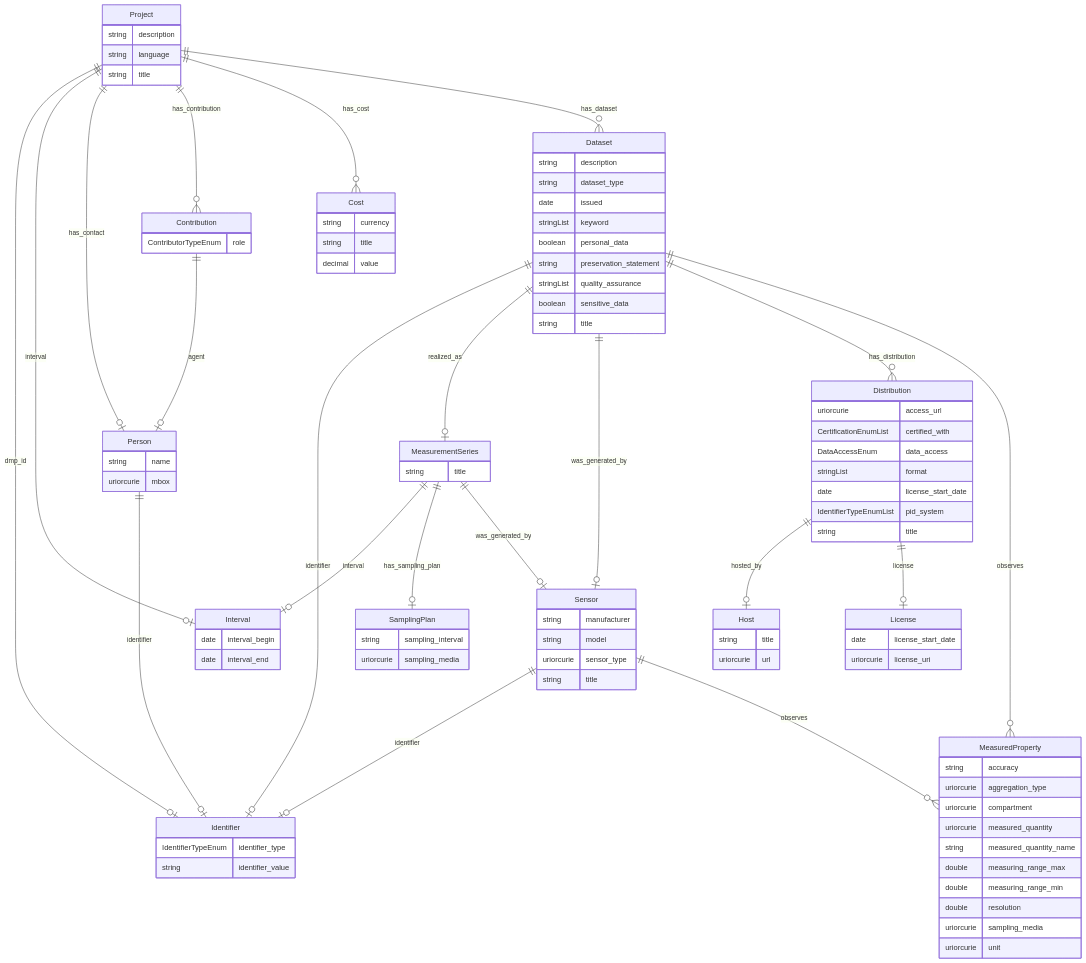
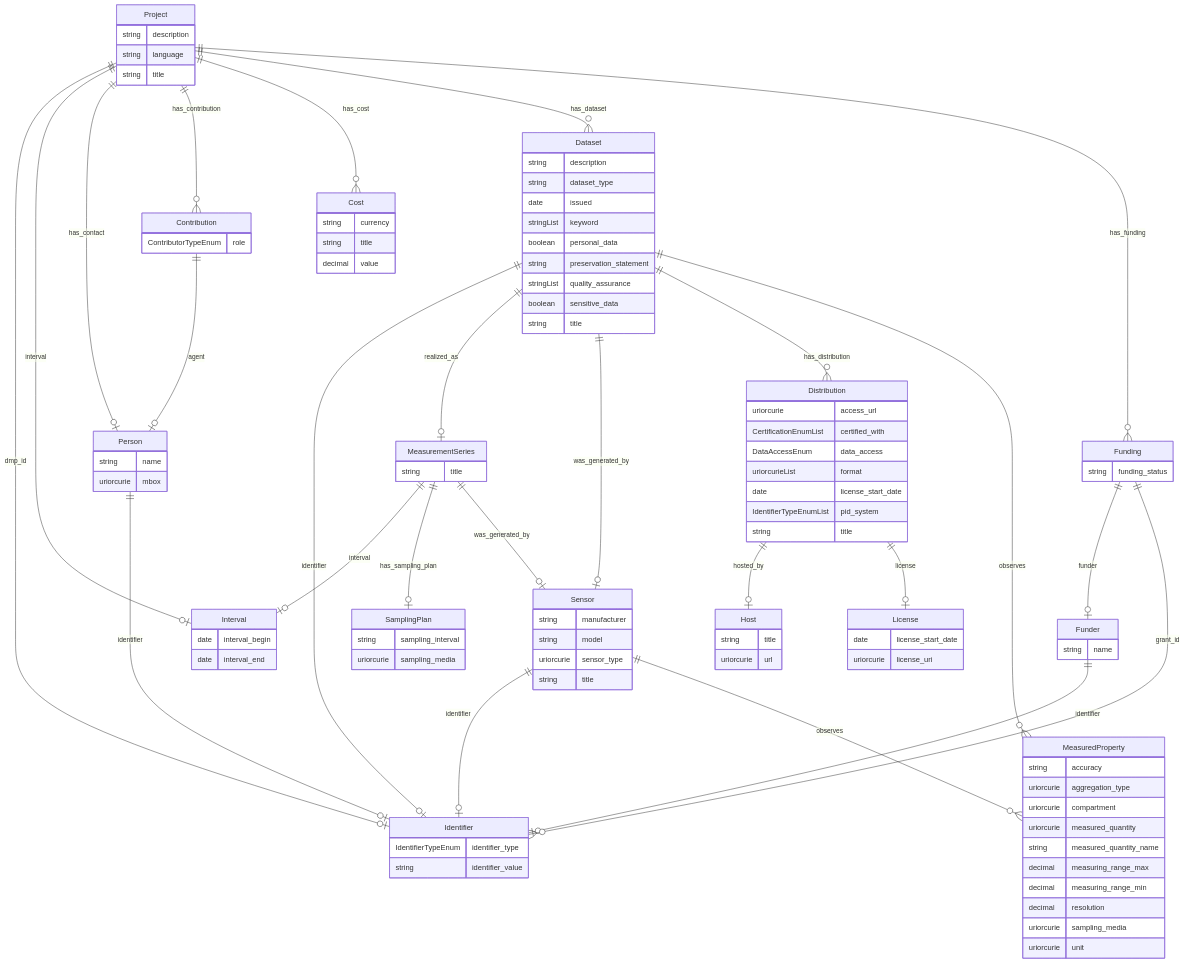
One commit to EnergyDataOrchestrator/regimo-infrastructure changed the diagram in fuseki-proto/inputs/linkml/05_P05_S05_internal-format-erd.mmd. Above: the diagram before and after it, drawn with Mermaid. The commit also changed 23 other files, not shown here.

First line of the commit message:
fuseki-proto: internal format funder/funding extension (P43-P47)

```diff
--- a/fuseki-proto/inputs/linkml/05_P05_S05_internal-format-erd.mmd
+++ b/fuseki-proto/inputs/linkml/05_P05_S05_internal-format-erd.mmd
@@ -23,10 +23,16 @@
     uriorcurie access_url  
     CertificationEnumList certified_with  
     DataAccessEnum data_access  
-    stringList format  
+    uriorcurieList format  
     date license_start_date  
     IdentifierTypeEnumList pid_system  
     string title  
+}
+Funder {
+    string name  
+}
+Funding {
+    string funding_status  
 }
 Host {
     string title  
@@ -50,9 +56,9 @@
     uriorcurie compartment  
     uriorcurie measured_quantity  
     string measured_quantity_name  
-    double measuring_range_max  
-    double measuring_range_min  
-    double resolution  
+    decimal measuring_range_max  
+    decimal measuring_range_min  
+    decimal resolution  
     uriorcurie sampling_media  
     uriorcurie unit  
 }
@@ -87,6 +93,9 @@
 Dataset ||--}o MeasuredProperty : "observes"
 Distribution ||--|o Host : "hosted_by"
 Distribution ||--|o License : "license"
+Funder ||--|o Identifier : "identifier"
+Funding ||--|o Funder : "funder"
+Funding ||--}o Identifier : "grant_id"
 MeasurementSeries ||--|o Interval : "interval"
 MeasurementSeries ||--|o SamplingPlan : "has_sampling_plan"
 MeasurementSeries ||--|o Sensor : "was_generated_by"
@@ -97,6 +106,7 @@
 Project ||--}o Contribution : "has_contribution"
 Project ||--}o Cost : "has_cost"
 Project ||--}o Dataset : "has_dataset"
+Project ||--}o Funding : "has_funding"
 Sensor ||--|o Identifier : "identifier"
 Sensor ||--}o MeasuredProperty : "observes"
 
```
